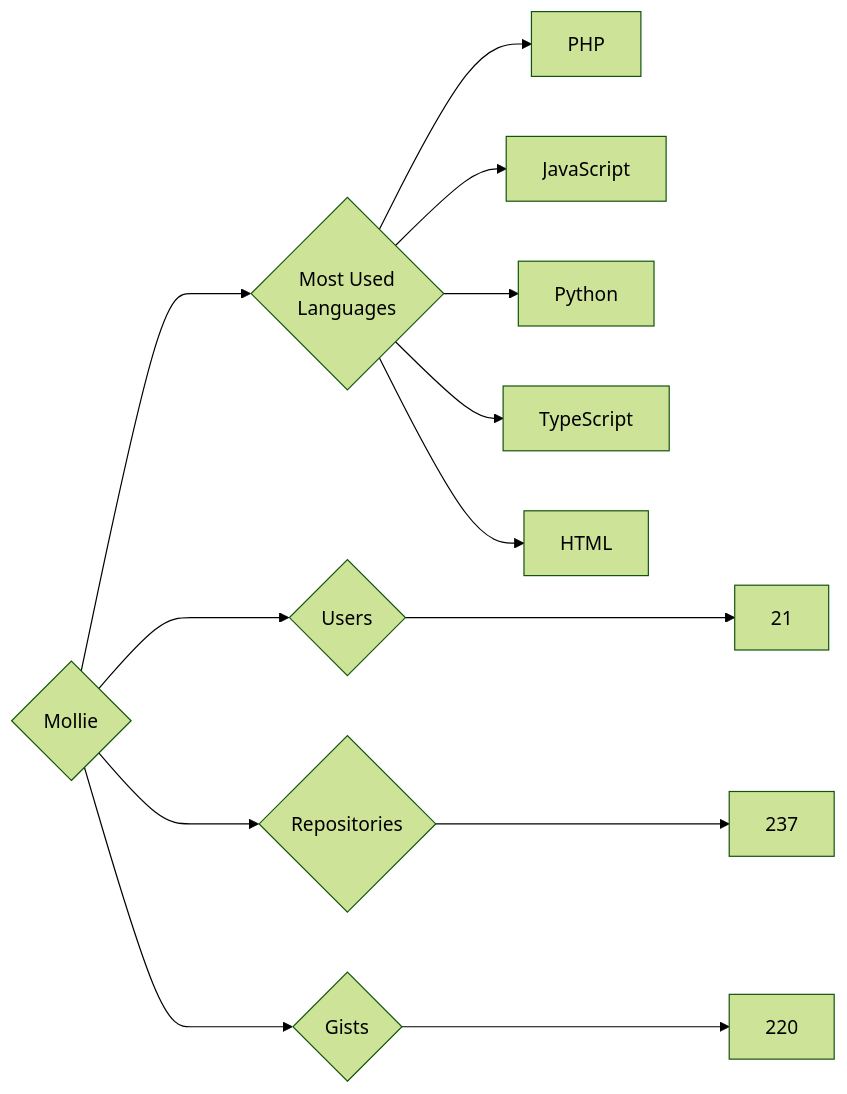
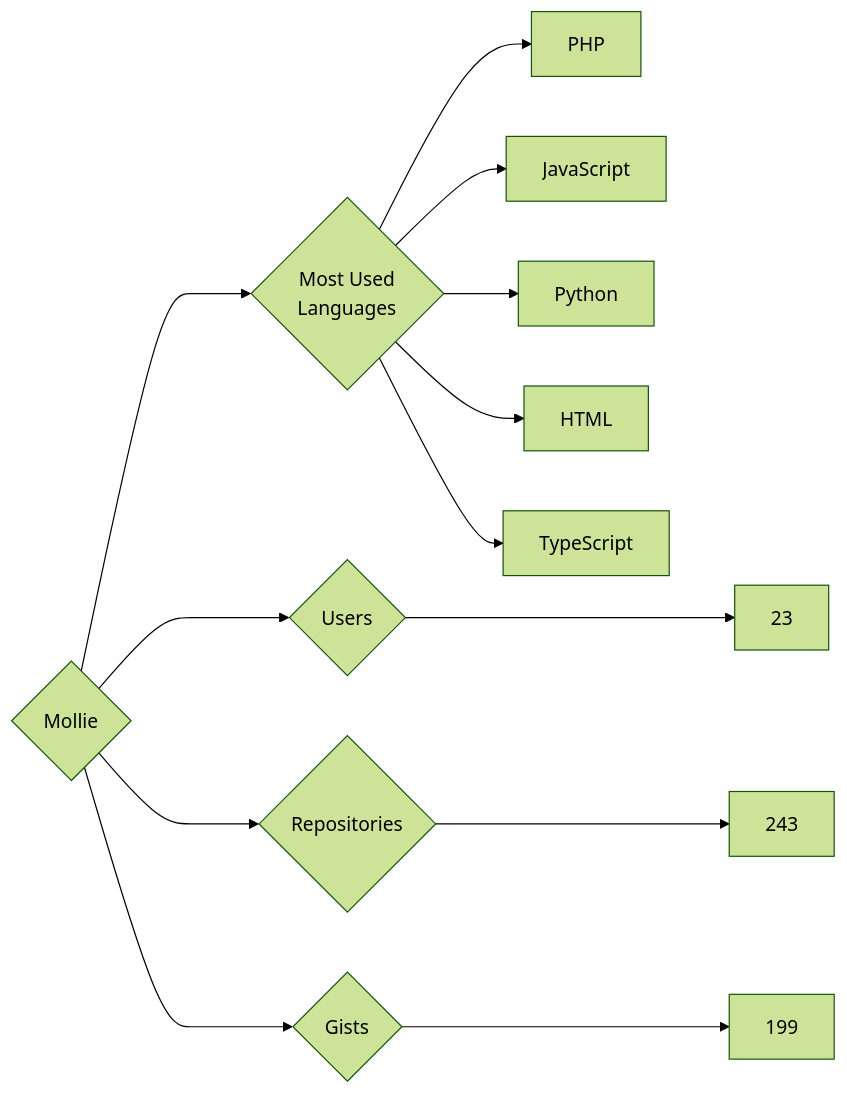
Before and after one commit to trickest/insiders: the diagram in targets/Mollie/README.md, drawn with Mermaid (forest theme). The commit also changed 851 other files, not shown here.

````diff
--- a/targets/Mollie/README.md
+++ b/targets/Mollie/README.md
@@ -3,13 +3,13 @@
 ```mermaid
 graph LR
 COMPANY_NAME{Mollie}
-COMPANY_NAME ---> U{Users} ---> UN[21]
-COMPANY_NAME ---> R{Repositories} ---> RN[237]
-COMPANY_NAME ---> G{Gists} ---> GN[220]
+COMPANY_NAME ---> U{Users} ---> UN[23]
+COMPANY_NAME ---> R{Repositories} ---> RN[243]
+COMPANY_NAME ---> G{Gists} ---> GN[199]
 COMPANY_NAME ---> ML{Most Used<br>Languages}
 ML --> PHP[PHP]
 ML --> JavaScript[JavaScript]
 ML --> Python[Python]
+ML --> HTML[HTML]
 ML --> TypeScript[TypeScript]
-ML --> HTML[HTML]
 ```
````
